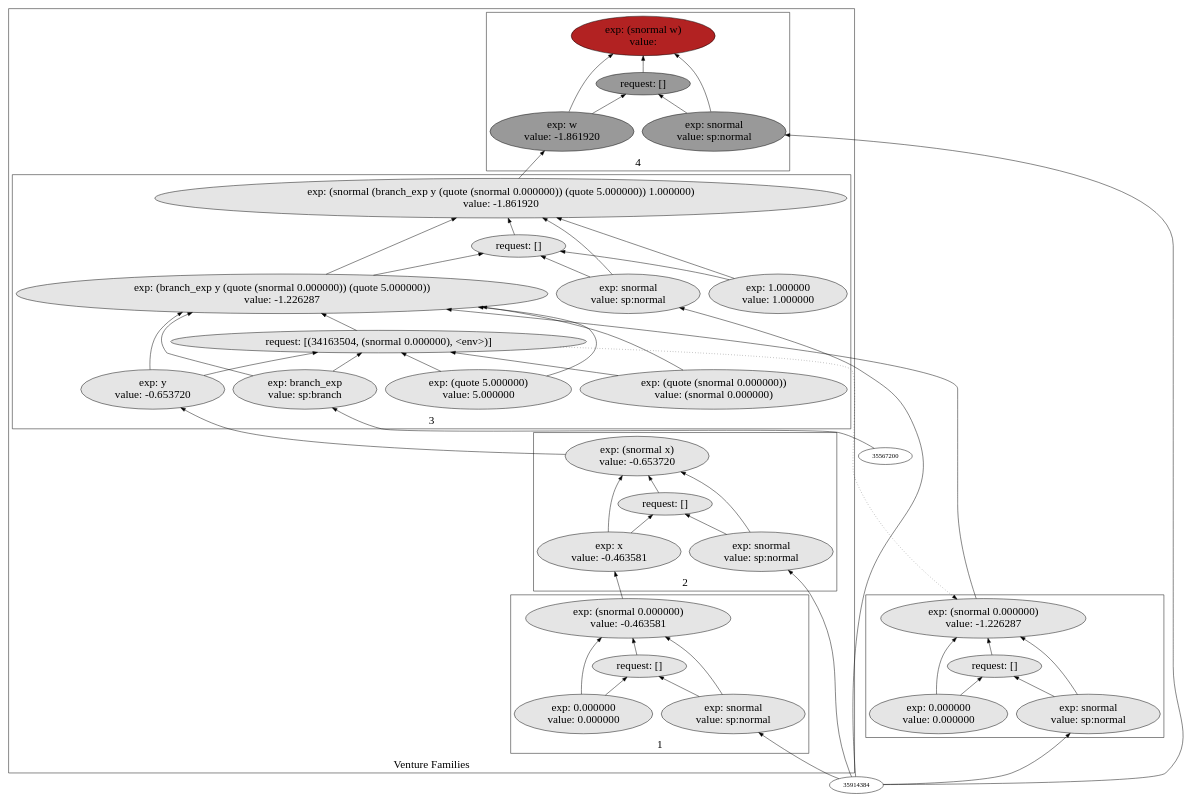
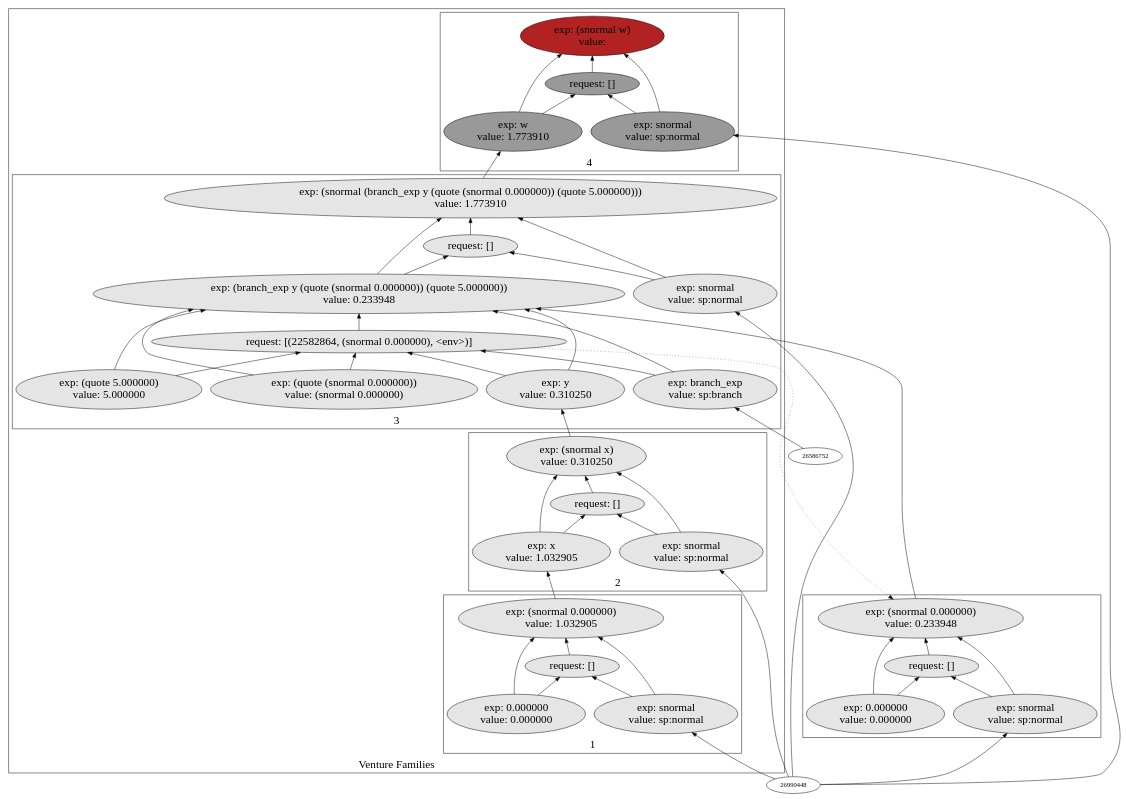
The diagram in backend/cxx/graphs/partition/dot7.dot (probcomp/Venturecxx), drawn with Graphviz before and after one commit. The commit also changed 403 other files, not shown here.

```diff
--- a/backend/cxx/graphs/partition/dot7.dot
+++ b/backend/cxx/graphs/partition/dot7.dot
@@ -5,98 +5,95 @@
 label="Venture Families"
 subgraph cluster2 {
 label="1"
-"30372512"["fillcolor"="grey90" "fontsize"="24" "label"="exp: (snormal 0.000000)\nvalue: -0.463581" "shape"="ellipse" "style"="filled" ]
-"31225584"["fillcolor"="grey90" "fontsize"="24" "label"="request: []" "shape"="ellipse" "style"="filled" ]
-"33378608"["fillcolor"="grey90" "fontsize"="24" "label"="exp: snormal\nvalue: sp:normal" "shape"="ellipse" "style"="filled" ]
-"32496912"["fillcolor"="grey90" "fontsize"="24" "label"="exp: 0.000000\nvalue: 0.000000" "shape"="ellipse" "style"="filled" ]
+"21616208"["fillcolor"="grey90" "fontsize"="24" "label"="exp: (snormal 0.000000)\nvalue: 1.032905" "shape"="ellipse" "style"="filled" ]
+"20391696"["fillcolor"="grey90" "fontsize"="24" "label"="request: []" "shape"="ellipse" "style"="filled" ]
+"19076864"["fillcolor"="grey90" "fontsize"="24" "label"="exp: snormal\nvalue: sp:normal" "shape"="ellipse" "style"="filled" ]
+"28719440"["fillcolor"="grey90" "fontsize"="24" "label"="exp: 0.000000\nvalue: 0.000000" "shape"="ellipse" "style"="filled" ]
 }
 
 subgraph cluster3 {
 label="2"
-"31015344"["fillcolor"="grey90" "fontsize"="24" "label"="exp: (snormal x)\nvalue: -0.653720" "shape"="ellipse" "style"="filled" ]
-"32878672"["fillcolor"="grey90" "fontsize"="24" "label"="request: []" "shape"="ellipse" "style"="filled" ]
-"30473984"["fillcolor"="grey90" "fontsize"="24" "label"="exp: snormal\nvalue: sp:normal" "shape"="ellipse" "style"="filled" ]
-"30766480"["fillcolor"="grey90" "fontsize"="24" "label"="exp: x\nvalue: -0.463581" "shape"="ellipse" "style"="filled" ]
+"23610064"["fillcolor"="grey90" "fontsize"="24" "label"="exp: (snormal x)\nvalue: 0.310250" "shape"="ellipse" "style"="filled" ]
+"24940288"["fillcolor"="grey90" "fontsize"="24" "label"="request: []" "shape"="ellipse" "style"="filled" ]
+"25014224"["fillcolor"="grey90" "fontsize"="24" "label"="exp: snormal\nvalue: sp:normal" "shape"="ellipse" "style"="filled" ]
+"24988336"["fillcolor"="grey90" "fontsize"="24" "label"="exp: x\nvalue: 1.032905" "shape"="ellipse" "style"="filled" ]
 }
 
 subgraph cluster4 {
 label="3"
-"34460816"["fillcolor"="grey90" "fontsize"="24" "label"="exp: (snormal (branch_exp y (quote (snormal 0.000000)) (quote 5.000000)) 1.000000)\nvalue: -1.861920" "shape"="ellipse" "style"="filled" ]
-"34491664"["fillcolor"="grey90" "fontsize"="24" "label"="request: []" "shape"="ellipse" "style"="filled" ]
-"32454352"["fillcolor"="grey90" "fontsize"="24" "label"="exp: snormal\nvalue: sp:normal" "shape"="ellipse" "style"="filled" ]
-"31227776"["fillcolor"="grey90" "fontsize"="24" "label"="exp: (branch_exp y (quote (snormal 0.000000)) (quote 5.000000))\nvalue: -1.226287" "shape"="ellipse" "style"="filled" ]
-"34163504"["fillcolor"="grey90" "fontsize"="24" "label"="request: [(34163504, (snormal 0.000000), <env>)]" "shape"="ellipse" "style"="filled" ]
-"35758960"["fillcolor"="grey90" "fontsize"="24" "label"="exp: branch_exp\nvalue: sp:branch" "shape"="ellipse" "style"="filled" ]
-"32504208"["fillcolor"="grey90" "fontsize"="24" "label"="exp: y\nvalue: -0.653720" "shape"="ellipse" "style"="filled" ]
-"32794384"["fillcolor"="grey90" "fontsize"="24" "label"="exp: (quote (snormal 0.000000))\nvalue: (snormal 0.000000)" "shape"="ellipse" "style"="filled" ]
-"36008416"["fillcolor"="grey90" "fontsize"="24" "label"="exp: (quote 5.000000)\nvalue: 5.000000" "shape"="ellipse" "style"="filled" ]
-"37356800"["fillcolor"="grey90" "fontsize"="24" "label"="exp: 1.000000\nvalue: 1.000000" "shape"="ellipse" "style"="filled" ]
+"23304768"["fillcolor"="grey90" "fontsize"="24" "label"="exp: (snormal (branch_exp y (quote (snormal 0.000000)) (quote 5.000000)))\nvalue: 1.773910" "shape"="ellipse" "style"="filled" ]
+"24625888"["fillcolor"="grey90" "fontsize"="24" "label"="request: []" "shape"="ellipse" "style"="filled" ]
+"23710592"["fillcolor"="grey90" "fontsize"="24" "label"="exp: snormal\nvalue: sp:normal" "shape"="ellipse" "style"="filled" ]
+"24939776"["fillcolor"="grey90" "fontsize"="24" "label"="exp: (branch_exp y (quote (snormal 0.000000)) (quote 5.000000))\nvalue: 0.233948" "shape"="ellipse" "style"="filled" ]
+"22582864"["fillcolor"="grey90" "fontsize"="24" "label"="request: [(22582864, (snormal 0.000000), <env>)]" "shape"="ellipse" "style"="filled" ]
+"21801008"["fillcolor"="grey90" "fontsize"="24" "label"="exp: branch_exp\nvalue: sp:branch" "shape"="ellipse" "style"="filled" ]
+"21571136"["fillcolor"="grey90" "fontsize"="24" "label"="exp: y\nvalue: 0.310250" "shape"="ellipse" "style"="filled" ]
+"22579328"["fillcolor"="grey90" "fontsize"="24" "label"="exp: (quote (snormal 0.000000))\nvalue: (snormal 0.000000)" "shape"="ellipse" "style"="filled" ]
+"22672608"["fillcolor"="grey90" "fontsize"="24" "label"="exp: (quote 5.000000)\nvalue: 5.000000" "shape"="ellipse" "style"="filled" ]
 }
 
 subgraph cluster5 {
 label="4"
-"30753584"["fillcolor"="firebrick" "fontsize"="24" "label"="exp: (snormal w)\nvalue: " "shape"="ellipse" "style"="filled" ]
-"37540816"["fillcolor"="grey60" "fontsize"="24" "label"="request: []" "shape"="ellipse" "style"="filled" ]
-"30738144"["fillcolor"="grey60" "fontsize"="24" "label"="exp: snormal\nvalue: sp:normal" "shape"="ellipse" "style"="filled" ]
-"30301216"["fillcolor"="grey60" "fontsize"="24" "label"="exp: w\nvalue: -1.861920" "shape"="ellipse" "style"="filled" ]
+"26590768"["fillcolor"="firebrick" "fontsize"="24" "label"="exp: (snormal w)\nvalue: " "shape"="ellipse" "style"="filled" ]
+"21600256"["fillcolor"="grey60" "fontsize"="24" "label"="request: []" "shape"="ellipse" "style"="filled" ]
+"24603856"["fillcolor"="grey60" "fontsize"="24" "label"="exp: snormal\nvalue: sp:normal" "shape"="ellipse" "style"="filled" ]
+"21586576"["fillcolor"="grey60" "fontsize"="24" "label"="exp: w\nvalue: 1.773910" "shape"="ellipse" "style"="filled" ]
 }
 
 }
 
 subgraph cluster6 {
 label=""
-"37253632"["fillcolor"="grey90" "fontsize"="24" "label"="exp: (snormal 0.000000)\nvalue: -1.226287" "shape"="ellipse" "style"="filled" ]
-"37497584"["fillcolor"="grey90" "fontsize"="24" "label"="request: []" "shape"="ellipse" "style"="filled" ]
-"31215360"["fillcolor"="grey90" "fontsize"="24" "label"="exp: snormal\nvalue: sp:normal" "shape"="ellipse" "style"="filled" ]
-"38779248"["fillcolor"="grey90" "fontsize"="24" "label"="exp: 0.000000\nvalue: 0.000000" "shape"="ellipse" "style"="filled" ]
+"21574256"["fillcolor"="grey90" "fontsize"="24" "label"="exp: (snormal 0.000000)\nvalue: 0.233948" "shape"="ellipse" "style"="filled" ]
+"21608528"["fillcolor"="grey90" "fontsize"="24" "label"="request: []" "shape"="ellipse" "style"="filled" ]
+"21564608"["fillcolor"="grey90" "fontsize"="24" "label"="exp: snormal\nvalue: sp:normal" "shape"="ellipse" "style"="filled" ]
+"27074384"["fillcolor"="grey90" "fontsize"="24" "label"="exp: 0.000000\nvalue: 0.000000" "shape"="ellipse" "style"="filled" ]
 }
 
-"33378608" -> "30372512"["arrowhead"="normal" "color"="black" "constraint"="true" "style"="solid" ]
-"33378608" -> "31225584"["arrowhead"="normal" "color"="black" "constraint"="true" "style"="solid" ]
-"35914384" -> "33378608"["arrowhead"="normal" "color"="black" "constraint"="true" "style"="solid" ]
-"32496912" -> "30372512"["arrowhead"="normal" "color"="black" "constraint"="true" "style"="solid" ]
-"32496912" -> "31225584"["arrowhead"="normal" "color"="black" "constraint"="true" "style"="solid" ]
-"31225584" -> "30372512"["arrowhead"="normal" "color"="black" "constraint"="true" "style"="solid" ]
-"30738144" -> "30753584"["arrowhead"="normal" "color"="black" "constraint"="true" "style"="solid" ]
-"30738144" -> "37540816"["arrowhead"="normal" "color"="black" "constraint"="true" "style"="solid" ]
-"35914384" -> "30738144"["arrowhead"="normal" "color"="black" "constraint"="true" "style"="solid" ]
-"30301216" -> "30753584"["arrowhead"="normal" "color"="black" "constraint"="true" "style"="solid" ]
-"30301216" -> "37540816"["arrowhead"="normal" "color"="black" "constraint"="true" "style"="solid" ]
-"34460816" -> "30301216"["arrowhead"="normal" "color"="black" "constraint"="true" "style"="solid" ]
-"37540816" -> "30753584"["arrowhead"="normal" "color"="black" "constraint"="true" "style"="solid" ]
-"30473984" -> "31015344"["arrowhead"="normal" "color"="black" "constraint"="true" "style"="solid" ]
-"30473984" -> "32878672"["arrowhead"="normal" "color"="black" "constraint"="true" "style"="solid" ]
-"35914384" -> "30473984"["arrowhead"="normal" "color"="black" "constraint"="true" "style"="solid" ]
-"30766480" -> "31015344"["arrowhead"="normal" "color"="black" "constraint"="true" "style"="solid" ]
-"30766480" -> "32878672"["arrowhead"="normal" "color"="black" "constraint"="true" "style"="solid" ]
-"30372512" -> "30766480"["arrowhead"="normal" "color"="black" "constraint"="true" "style"="solid" ]
-"32878672" -> "31015344"["arrowhead"="normal" "color"="black" "constraint"="true" "style"="solid" ]
-"32454352" -> "34460816"["arrowhead"="normal" "color"="black" "constraint"="true" "style"="solid" ]
-"32454352" -> "34491664"["arrowhead"="normal" "color"="black" "constraint"="true" "style"="solid" ]
-"35914384" -> "32454352"["arrowhead"="normal" "color"="black" "constraint"="true" "style"="solid" ]
-"31227776" -> "34460816"["arrowhead"="normal" "color"="black" "constraint"="true" "style"="solid" ]
-"31227776" -> "34491664"["arrowhead"="normal" "color"="black" "constraint"="true" "style"="solid" ]
-"35758960" -> "31227776"["arrowhead"="normal" "color"="black" "constraint"="true" "style"="solid" ]
-"35758960" -> "34163504"["arrowhead"="normal" "color"="black" "constraint"="true" "style"="solid" ]
-"35567200" -> "35758960"["arrowhead"="normal" "color"="black" "constraint"="true" "style"="solid" ]
-"32504208" -> "31227776"["arrowhead"="normal" "color"="black" "constraint"="true" "style"="solid" ]
-"32504208" -> "34163504"["arrowhead"="normal" "color"="black" "constraint"="true" "style"="solid" ]
-"31015344" -> "32504208"["arrowhead"="normal" "color"="black" "constraint"="true" "style"="solid" ]
-"32794384" -> "31227776"["arrowhead"="normal" "color"="black" "constraint"="true" "style"="solid" ]
-"32794384" -> "34163504"["arrowhead"="normal" "color"="black" "constraint"="true" "style"="solid" ]
-"36008416" -> "31227776"["arrowhead"="normal" "color"="black" "constraint"="true" "style"="solid" ]
-"36008416" -> "34163504"["arrowhead"="normal" "color"="black" "constraint"="true" "style"="solid" ]
-"34163504" -> "31227776"["arrowhead"="normal" "color"="black" "constraint"="true" "style"="solid" ]
-"37253632" -> "31227776"["arrowhead"="normal" "color"="black" "constraint"="true" "style"="solid" ]
-"34163504" -> "37253632"["arrowhead"="normal" "color"="black" "constraint"="false" "style"="dotted" ]
-"37356800" -> "34460816"["arrowhead"="normal" "color"="black" "constraint"="true" "style"="solid" ]
-"37356800" -> "34491664"["arrowhead"="normal" "color"="black" "constraint"="true" "style"="solid" ]
-"34491664" -> "34460816"["arrowhead"="normal" "color"="black" "constraint"="true" "style"="solid" ]
-"31215360" -> "37253632"["arrowhead"="normal" "color"="black" "constraint"="true" "style"="solid" ]
-"31215360" -> "37497584"["arrowhead"="normal" "color"="black" "constraint"="true" "style"="solid" ]
-"35914384" -> "31215360"["arrowhead"="normal" "color"="black" "constraint"="true" "style"="solid" ]
-"38779248" -> "37253632"["arrowhead"="normal" "color"="black" "constraint"="true" "style"="solid" ]
-"38779248" -> "37497584"["arrowhead"="normal" "color"="black" "constraint"="true" "style"="solid" ]
-"37497584" -> "37253632"["arrowhead"="normal" "color"="black" "constraint"="true" "style"="solid" ]
+"21564608" -> "21574256"["arrowhead"="normal" "color"="black" "constraint"="true" "style"="solid" ]
+"21564608" -> "21608528"["arrowhead"="normal" "color"="black" "constraint"="true" "style"="solid" ]
+"26990448" -> "21564608"["arrowhead"="normal" "color"="black" "constraint"="true" "style"="solid" ]
+"27074384" -> "21574256"["arrowhead"="normal" "color"="black" "constraint"="true" "style"="solid" ]
+"27074384" -> "21608528"["arrowhead"="normal" "color"="black" "constraint"="true" "style"="solid" ]
+"21608528" -> "21574256"["arrowhead"="normal" "color"="black" "constraint"="true" "style"="solid" ]
+"19076864" -> "21616208"["arrowhead"="normal" "color"="black" "constraint"="true" "style"="solid" ]
+"19076864" -> "20391696"["arrowhead"="normal" "color"="black" "constraint"="true" "style"="solid" ]
+"26990448" -> "19076864"["arrowhead"="normal" "color"="black" "constraint"="true" "style"="solid" ]
+"28719440" -> "21616208"["arrowhead"="normal" "color"="black" "constraint"="true" "style"="solid" ]
+"28719440" -> "20391696"["arrowhead"="normal" "color"="black" "constraint"="true" "style"="solid" ]
+"20391696" -> "21616208"["arrowhead"="normal" "color"="black" "constraint"="true" "style"="solid" ]
+"23710592" -> "23304768"["arrowhead"="normal" "color"="black" "constraint"="true" "style"="solid" ]
+"23710592" -> "24625888"["arrowhead"="normal" "color"="black" "constraint"="true" "style"="solid" ]
+"26990448" -> "23710592"["arrowhead"="normal" "color"="black" "constraint"="true" "style"="solid" ]
+"24939776" -> "23304768"["arrowhead"="normal" "color"="black" "constraint"="true" "style"="solid" ]
+"24939776" -> "24625888"["arrowhead"="normal" "color"="black" "constraint"="true" "style"="solid" ]
+"21801008" -> "24939776"["arrowhead"="normal" "color"="black" "constraint"="true" "style"="solid" ]
+"21801008" -> "22582864"["arrowhead"="normal" "color"="black" "constraint"="true" "style"="solid" ]
+"26586752" -> "21801008"["arrowhead"="normal" "color"="black" "constraint"="true" "style"="solid" ]
+"21571136" -> "24939776"["arrowhead"="normal" "color"="black" "constraint"="true" "style"="solid" ]
+"21571136" -> "22582864"["arrowhead"="normal" "color"="black" "constraint"="true" "style"="solid" ]
+"23610064" -> "21571136"["arrowhead"="normal" "color"="black" "constraint"="true" "style"="solid" ]
+"22579328" -> "24939776"["arrowhead"="normal" "color"="black" "constraint"="true" "style"="solid" ]
+"22579328" -> "22582864"["arrowhead"="normal" "color"="black" "constraint"="true" "style"="solid" ]
+"22672608" -> "24939776"["arrowhead"="normal" "color"="black" "constraint"="true" "style"="solid" ]
+"22672608" -> "22582864"["arrowhead"="normal" "color"="black" "constraint"="true" "style"="solid" ]
+"22582864" -> "24939776"["arrowhead"="normal" "color"="black" "constraint"="true" "style"="solid" ]
+"21574256" -> "24939776"["arrowhead"="normal" "color"="black" "constraint"="true" "style"="solid" ]
+"22582864" -> "21574256"["arrowhead"="normal" "color"="black" "constraint"="false" "style"="dotted" ]
+"24625888" -> "23304768"["arrowhead"="normal" "color"="black" "constraint"="true" "style"="solid" ]
+"25014224" -> "23610064"["arrowhead"="normal" "color"="black" "constraint"="true" "style"="solid" ]
+"25014224" -> "24940288"["arrowhead"="normal" "color"="black" "constraint"="true" "style"="solid" ]
+"26990448" -> "25014224"["arrowhead"="normal" "color"="black" "constraint"="true" "style"="solid" ]
+"24988336" -> "23610064"["arrowhead"="normal" "color"="black" "constraint"="true" "style"="solid" ]
+"24988336" -> "24940288"["arrowhead"="normal" "color"="black" "constraint"="true" "style"="solid" ]
+"21616208" -> "24988336"["arrowhead"="normal" "color"="black" "constraint"="true" "style"="solid" ]
+"24940288" -> "23610064"["arrowhead"="normal" "color"="black" "constraint"="true" "style"="solid" ]
+"24603856" -> "26590768"["arrowhead"="normal" "color"="black" "constraint"="true" "style"="solid" ]
+"24603856" -> "21600256"["arrowhead"="normal" "color"="black" "constraint"="true" "style"="solid" ]
+"26990448" -> "24603856"["arrowhead"="normal" "color"="black" "constraint"="true" "style"="solid" ]
+"21586576" -> "26590768"["arrowhead"="normal" "color"="black" "constraint"="true" "style"="solid" ]
+"21586576" -> "21600256"["arrowhead"="normal" "color"="black" "constraint"="true" "style"="solid" ]
+"23304768" -> "21586576"["arrowhead"="normal" "color"="black" "constraint"="true" "style"="solid" ]
+"21600256" -> "26590768"["arrowhead"="normal" "color"="black" "constraint"="true" "style"="solid" ]
 
 }
```
